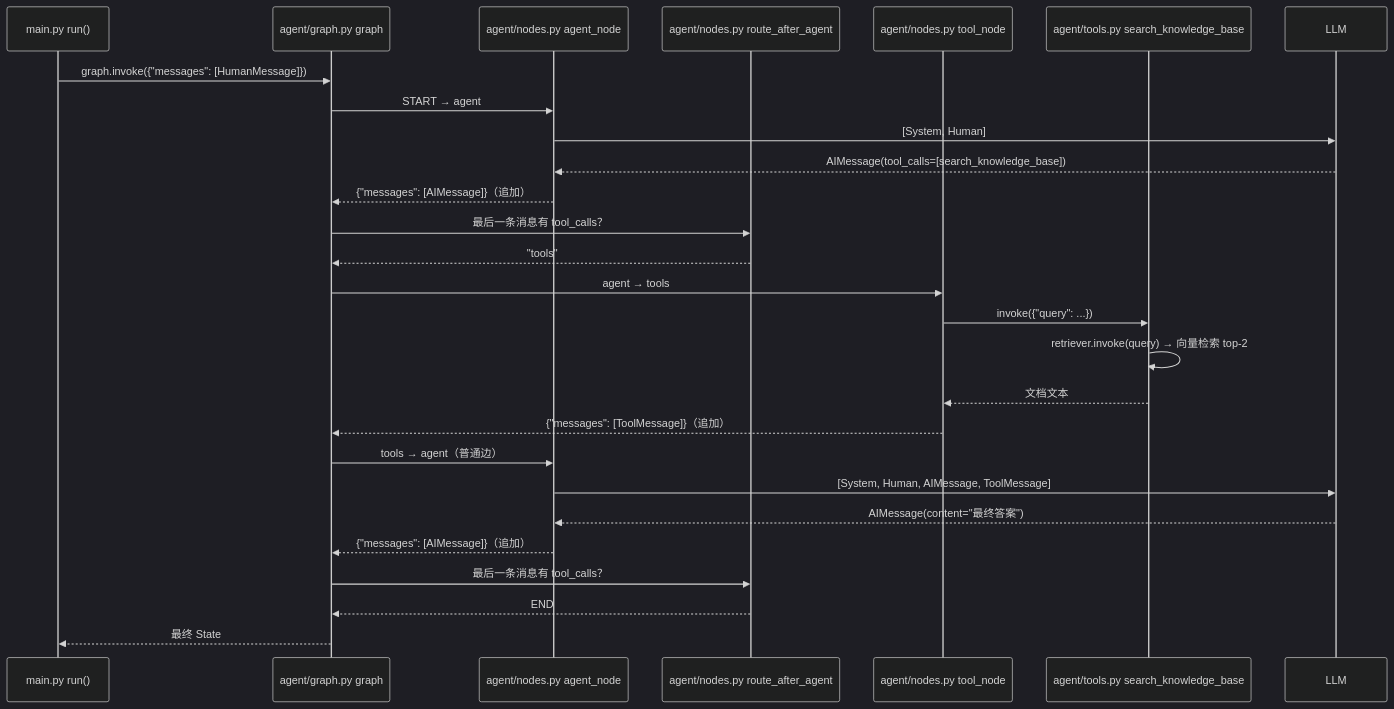
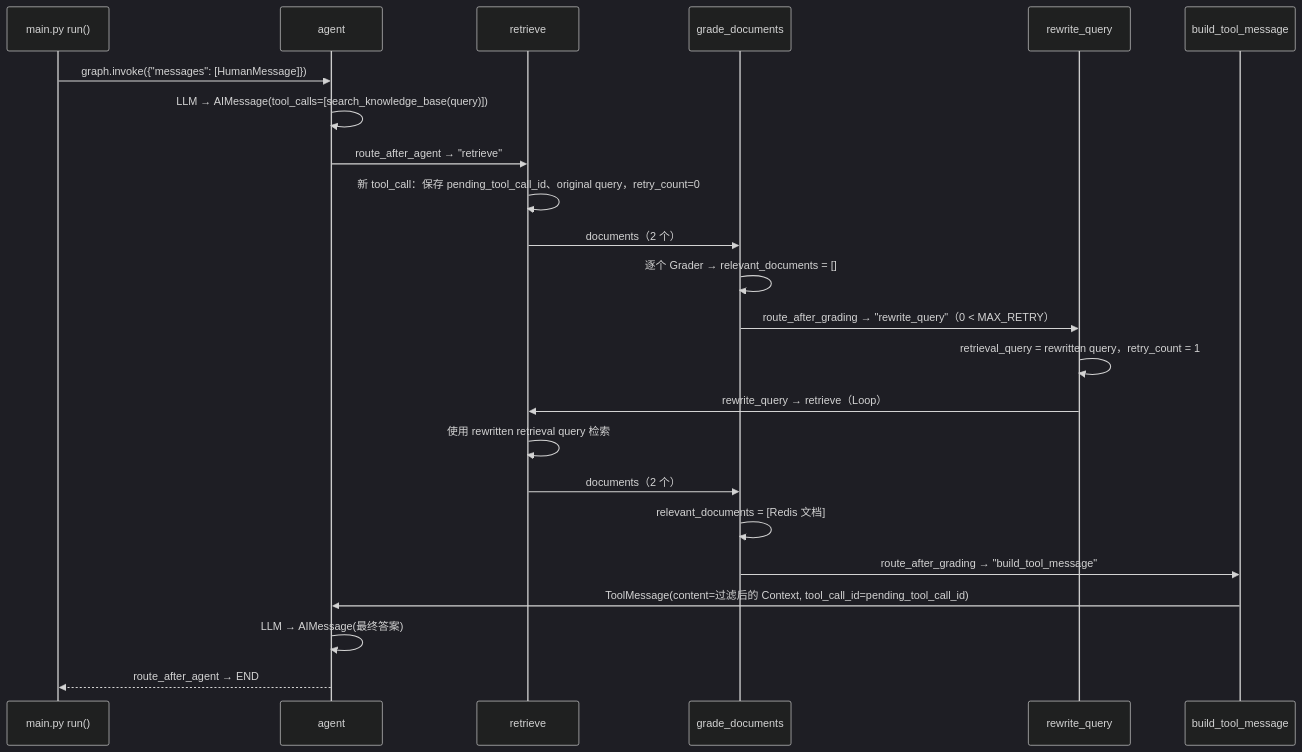
The third of 3 diagrams in rag-agent-demo/README.md (Vinn0427/langchain_demo), drawn with Mermaid (dark theme) before and after one commit. The commit also changed other lines of this file and 6 other files, not shown here.

Commit message:
Version 2: Corrective RAG workflow (AgentState, Retrieval Grader, Query Rewrite, retry loop)

````diff
--- a/rag-agent-demo/README.md
+++ b/rag-agent-demo/README.md
@@ -200,30 +307,26 @@
 ```mermaid
 sequenceDiagram
     participant U as main.py run()
-    participant G as agent/graph.py graph
-    participant A as agent/nodes.py agent_node
-    participant R as agent/nodes.py route_after_agent
-    participant T as agent/nodes.py tool_node
-    participant K as agent/tools.py search_knowledge_base
-    participant L as LLM
+    participant A as agent
+    participant RT as retrieve
+    participant G as grade_documents
+    participant RW as rewrite_query
+    participant B as build_tool_message
 
-    U->>G: graph.invoke({"messages": [HumanMessage]})
-    G->>A: START → agent
-    A->>L: [System, Human]
-    L-->>A: AIMessage(tool_calls=[search_knowledge_base])
-    A-->>G: {"messages": [AIMessage]}（追加）
-    G->>R: 最后一条消息有 tool_calls？
-    R-->>G: "tools"
-    G->>T: agent → tools
-    T->>K: invoke({"query": ...})
-    K->>K: retriever.invoke(query) → 向量检索 top-2
-    K-->>T: 文档文本
-    T-->>G: {"messages": [ToolMessage]}（追加）
-    G->>A: tools → agent（普通边）
-    A->>L: [System, Human, AIMessage, ToolMessage]
-    L-->>A: AIMessage(content="最终答案")
-    A-->>G: {"messages": [AIMessage]}（追加）
-    G->>R: 最后一条消息有 tool_calls？
-    R-->>G: END
-    G-->>U: 最终 State
+    U->>A: graph.invoke({"messages": [HumanMessage]})
+    A->>A: LLM → AIMessage(tool_calls=[search_knowledge_base(query)])
+    A->>RT: route_after_agent → "retrieve"
+    RT->>RT: 新 tool_call：保存 pending_tool_call_id、original query，retry_count=0
+    RT->>G: documents（2 个）
+    G->>G: 逐个 Grader → relevant_documents = []
+    G->>RW: route_after_grading → "rewrite_query"（0 < MAX_RETRY）
+    RW->>RW: retrieval_query = rewritten query，retry_count = 1
+    RW->>RT: rewrite_query → retrieve（Loop）
+    RT->>RT: 使用 rewritten retrieval query 检索
+    RT->>G: documents（2 个）
+    G->>G: relevant_documents = [Redis 文档]
+    G->>B: route_after_grading → "build_tool_message"
+    B->>A: ToolMessage(content=过滤后的 Context, tool_call_id=pending_tool_call_id)
+    A->>A: LLM → AIMessage(最终答案)
+    A-->>U: route_after_agent → END
 ```
````
